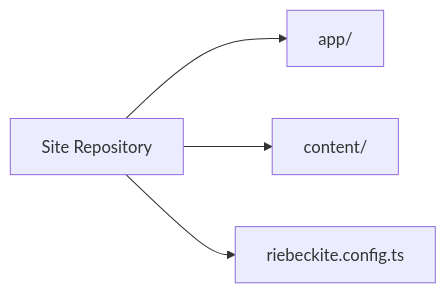
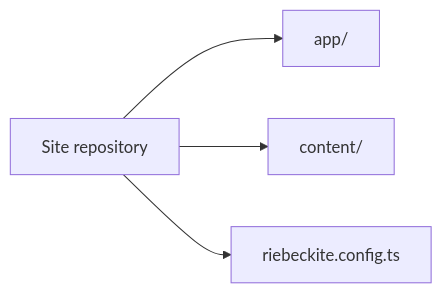
The first of 10 diagrams in docs/docs/guides/content-repositories.md (Rerurate514/riebeckite), drawn with Mermaid before and after one commit. The commit also changed other lines of this file and 604 other files, not shown here.

````diff
--- a/docs/docs/guides/content-repositories.md
+++ b/docs/docs/guides/content-repositories.md
@@ -58,8 +28,8 @@
 ```mermaid
 flowchart LR
-    Repo["Site Repository"]
+    Repo["Site repository"]
 
     Repo --> App["app/"]
     Repo --> Content["content/"]
     Repo --> Config["riebeckite.config.ts"]
 ```
````
